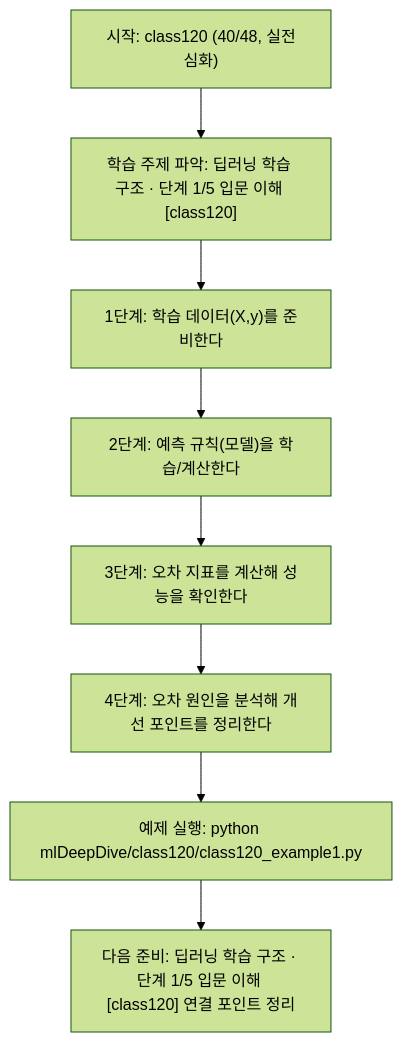
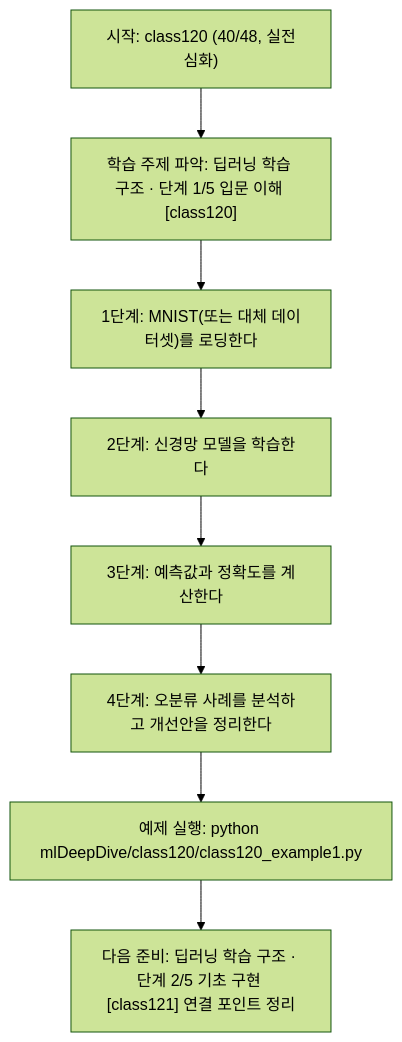
One commit to edumgt/Python-AI_Agent-Class changed the diagram in mlDeepDive/class120/class120.md. Above: the diagram before and after it, drawn with Mermaid (forest theme). The commit also changed other lines of this file and 338 other files, not shown here.

````diff
--- a/mlDeepDive/class120/class120.md
+++ b/mlDeepDive/class120/class120.md
@@ -110,18 +91,18 @@
 ```mermaid
 flowchart TD
 N1["시작: class120 (40/48, 실전심화)"]
 N2["학습 주제 파악: 딥러닝 학습 구조 · 단계 1/5 입문 이해 [class120]"]
-N3["1단계: 학습 데이터(X,y)를 준비한다"]
-N4["2단계: 예측 규칙(모델)을 학습/계산한다"]
-N5["3단계: 오차 지표를 계산해 성능을 확인한다"]
-N6["4단계: 오차 원인을 분석해 개선 포인트를 정리한다"]
+N3["1단계: MNIST(또는 대체 데이터셋)를 로딩한다"]
+N4["2단계: 신경망 모델을 학습한다"]
+N5["3단계: 예측값과 정확도를 계산한다"]
+N6["4단계: 오분류 사례를 분석하고 개선안을 정리한다"]
 N7["예제 실행: python mlDeepDive/class120/class120_example1.py"]
-N8["다음 준비: 딥러닝 학습 구조 · 단계 1/5 입문 이해 [class120] 연결 포인트 정리"]
+N8["다음 준비: 딥러닝 학습 구조 · 단계 2/5 기초 구현 [class121] 연결 포인트 정리"]
 N1 --> N2
 N2 --> N3
 N3 --> N4
 N4 --> N5
 N5 --> N6
 N6 --> N7
 N7 --> N8
 ```
````
